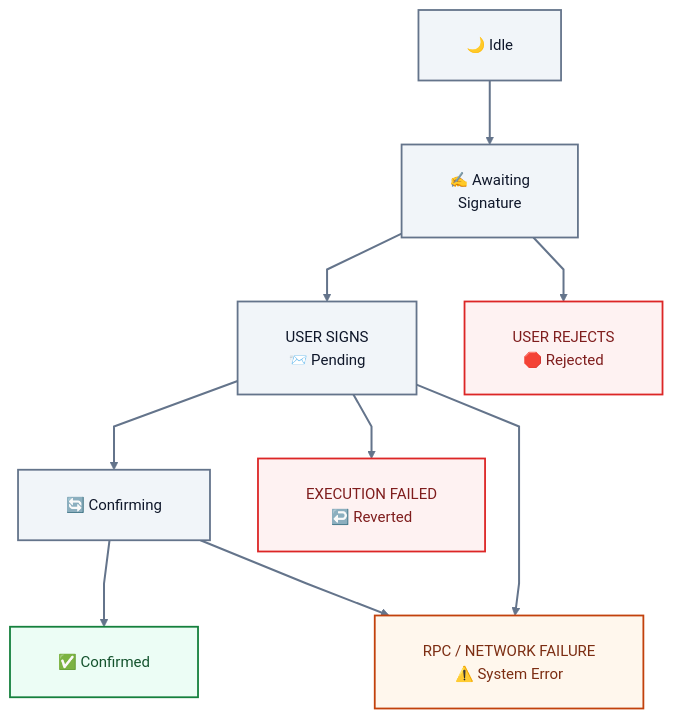
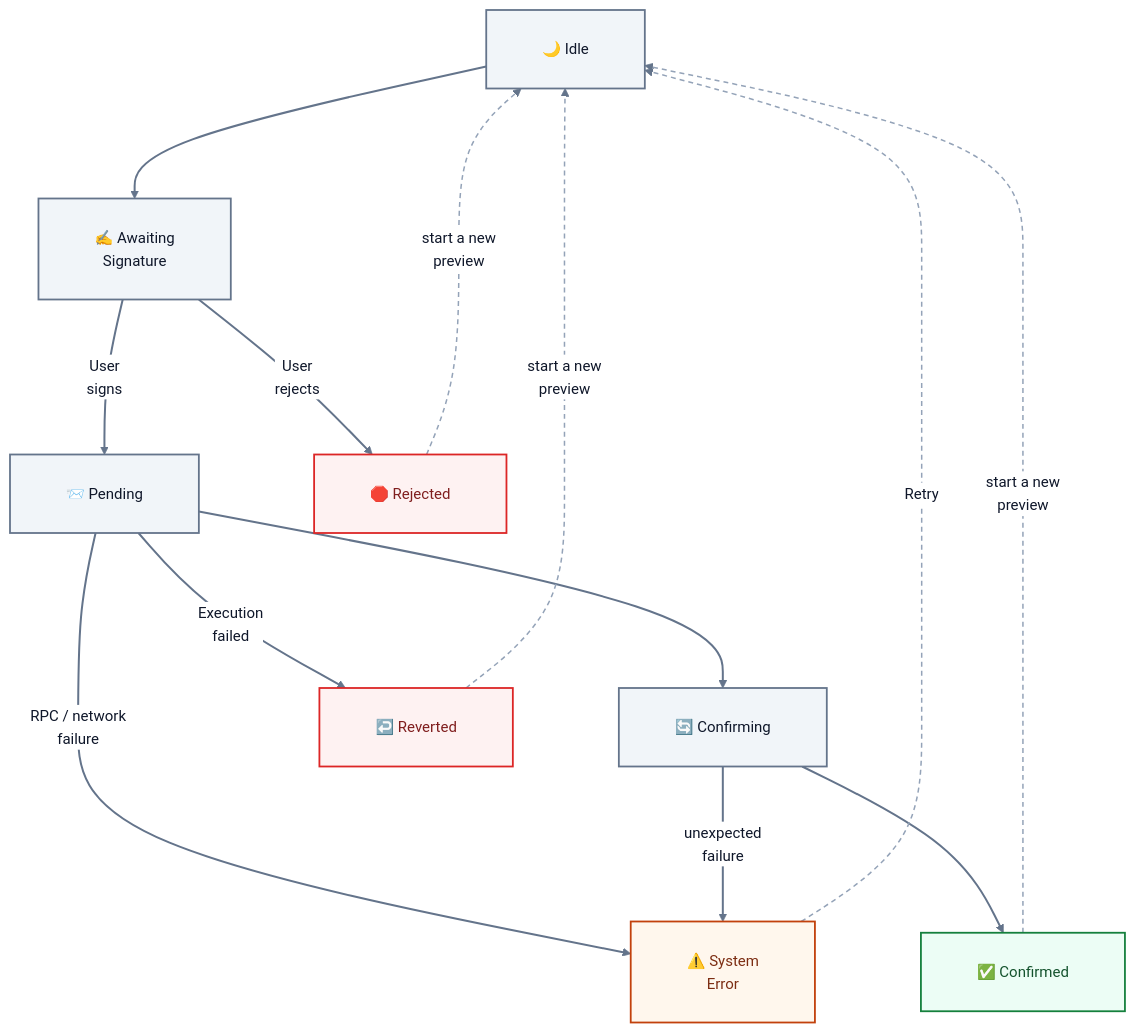
One commit to sunshineluyao/Moss-Mcp-Transaction changed the third of 8 diagrams in README.md. Above: the diagram before and after it, drawn with Mermaid. The commit also changed other lines of this file, not shown here.

First line of the commit message:
Revert "Merge pull request #7 from sunshineluyao/codex/fix-text-visibility-in-mermaid-diagrams"

````diff
--- a/README.md
+++ b/README.md
@@ -306,25 +333,30 @@
 ```mermaid
-%%{init: {'theme':'base','flowchart': {'htmlLabels': true, 'nodeSpacing': 48, 'rankSpacing': 64, 'curve': 'linear', 'padding': 24, 'diagramPadding': 16, 'wrappingWidth': 220},'themeVariables': {'fontFamily':'Inter, Segoe UI, sans-serif','fontSize':'15px','primaryTextColor':'#0f172a','lineColor':'#64748b','clusterBkg':'#f8fafc','clusterBorder':'#cbd5e1','edgeLabelBackground':'#ffffff','primaryBorderColor':'#2563eb','primaryColor':'#eff6ff'}}}%%
+%%{init: {'theme':'base','flowchart': {'htmlLabels': true, 'nodeSpacing': 96, 'rankSpacing': 110, 'curve': 'basis', 'padding': 28, 'diagramPadding': 24, 'wrappingWidth': 260},'themeVariables': {'fontFamily':'Inter, Segoe UI, sans-serif','fontSize':'15px','primaryTextColor':'#0f172a','lineColor':'#64748b','clusterBkg':'#f8fafc','clusterBorder':'#cbd5e1','edgeLabelBackground':'#ffffff','primaryBorderColor':'#2563eb','primaryColor':'#eff6ff'}}}%%
 flowchart TB
   Idle["🌙 Idle"] --> Awaiting["✍️ Awaiting<br/>Signature"]
-  Awaiting --> Pending["USER SIGNS<br/>📨 Pending"]
-  Awaiting --> Rejected["USER REJECTS<br/>🛑 Rejected"]
+  Awaiting -->|User<br/>signs| Pending["📨 Pending"]
+  Awaiting -->|User<br/>rejects| Rejected["🛑 Rejected"]
 
   Pending --> Confirming["🔄 Confirming"]
   Confirming --> Confirmed["✅ Confirmed"]
-  Pending --> Reverted["EXECUTION FAILED<br/>↩️ Reverted"]
-  Pending --> SystemError["RPC / NETWORK FAILURE<br/>⚠️ System Error"]
-  Confirming --> SystemError
+  Pending -->|Execution<br/>failed| Reverted["↩️ Reverted"]
+  Pending -->|RPC / network<br/>failure| SystemError["⚠️ System<br/>Error"]
+  Confirming -->|unexpected<br/>failure| SystemError
 
+  Rejected -.->|start a new<br/>preview| Idle
+  Reverted -.->|start a new<br/>preview| Idle
+  SystemError -.->|Retry| Idle
+  Confirmed -.->|start a new<br/>preview| Idle
 
   classDef neutral fill:#f1f5f9,stroke:#64748b,stroke-width:1.8px,color:#0f172a;
   classDef success fill:#ecfdf5,stroke:#15803d,stroke-width:1.8px,color:#14532d;
   classDef danger fill:#fef2f2,stroke:#dc2626,stroke-width:1.8px,color:#7f1d1d;
   classDef warn fill:#fff7ed,stroke:#c2410c,stroke-width:1.8px,color:#7c2d12;
 
   class Idle,Awaiting,Pending,Confirming neutral;
   class Confirmed success;
   class Rejected,Reverted danger;
   class SystemError warn;
+  linkStyle 8,9,10,11 stroke:#94a3b8,stroke-width:1.5px,stroke-dasharray:5 4;
   linkStyle default stroke:#64748b,stroke-width:2px;
 ```
````
